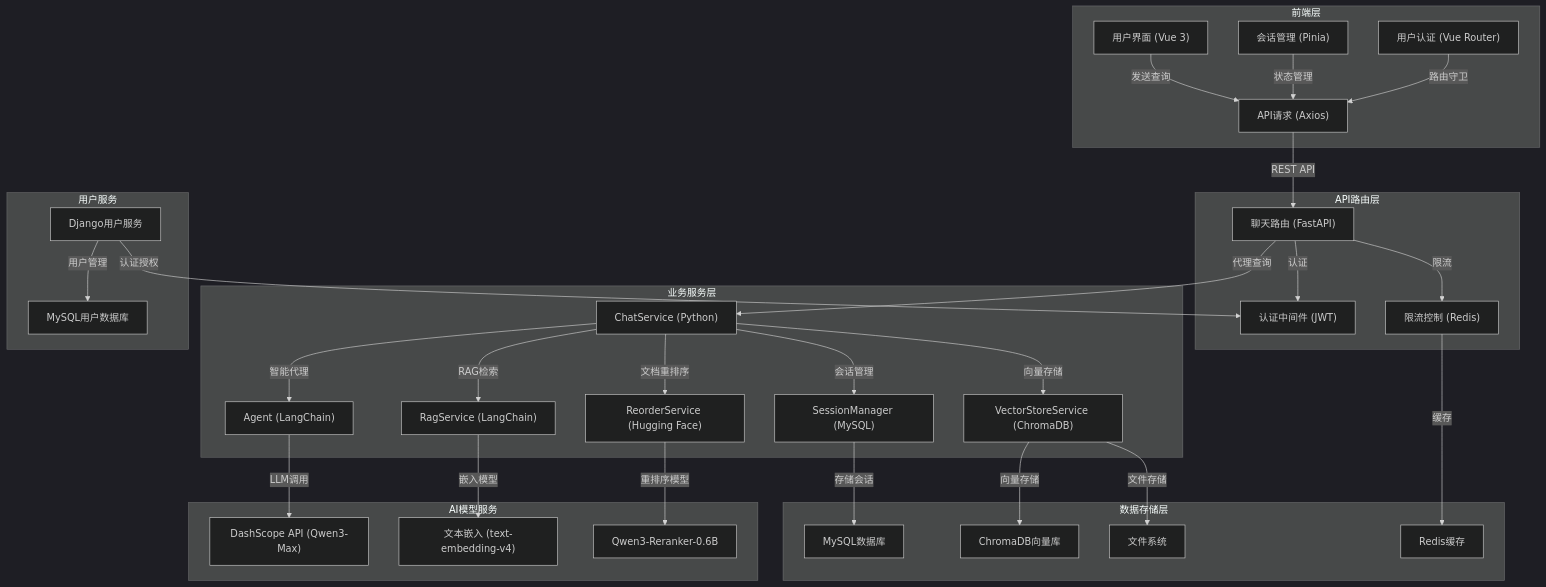
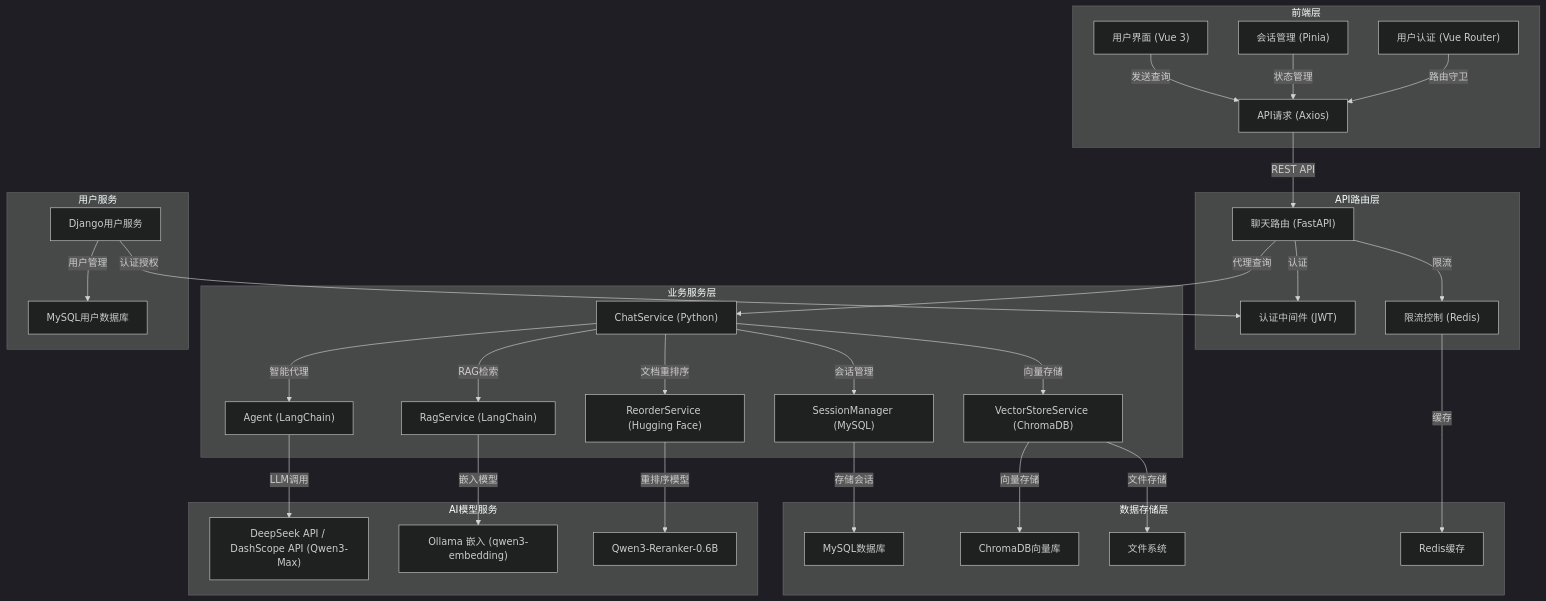
The diagram in README.md (warmeaf/LangChain-RAG-FastAPI-Service), drawn with Mermaid (dark theme) before and after one commit. The commit also changed other lines of this file and 5 other files, not shown here.

````diff
--- a/README.md
+++ b/README.md
@@ -46,41 +46,41 @@
 ```mermaid
 flowchart TD
     subgraph "前端层"
         A["用户界面 (Vue 3)"] -->|发送查询| B["API请求 (Axios)"]
         C["会话管理 (Pinia)"] -->|状态管理| B
         D["用户认证 (Vue Router)"] -->|路由守卫| B
     end
 
     subgraph "API路由层"
         B -->|REST API| E["聊天路由 (FastAPI)"]
         E -->|认证| F["认证中间件 (JWT)"]
         E -->|限流| G["限流控制 (Redis)"]
     end
 
     subgraph "业务服务层"
         E -->|代理查询| H["ChatService (Python)"]
         H -->|会话管理| I["SessionManager (MySQL)"]
         H -->|RAG检索| J["RagService (LangChain)"]
         H -->|向量存储| K["VectorStoreService (ChromaDB)"]
         H -->|智能代理| L["Agent (LangChain)"]
         H -->|文档重排序| M["ReorderService (Hugging Face)"]
     end
 
     subgraph "数据存储层"
         I -->|存储会话| N["MySQL数据库"]
         K -->|向量存储| O["ChromaDB向量库"]
         K -->|文件存储| P["文件系统"]
         G -->|缓存| Q["Redis缓存"]
     end
 
     subgraph "AI模型服务"
-        L -->|LLM调用| R["DashScope API (Qwen3-Max)"]
-        J -->|嵌入模型| S["文本嵌入 (text-embedding-v4)"]
+        L -->|LLM调用| R["DeepSeek API / DashScope API (Qwen3-Max)"]
+        J -->|嵌入模型| S["Ollama 嵌入 (qwen3-embedding)"]
         M -->|重排序模型| T["Qwen3-Reranker-0.6B"]
     end
 
     subgraph "用户服务"
         U["Django用户服务"] -->|认证授权| F
         U -->|用户管理| V["MySQL用户数据库"]
     end
 ```
````
